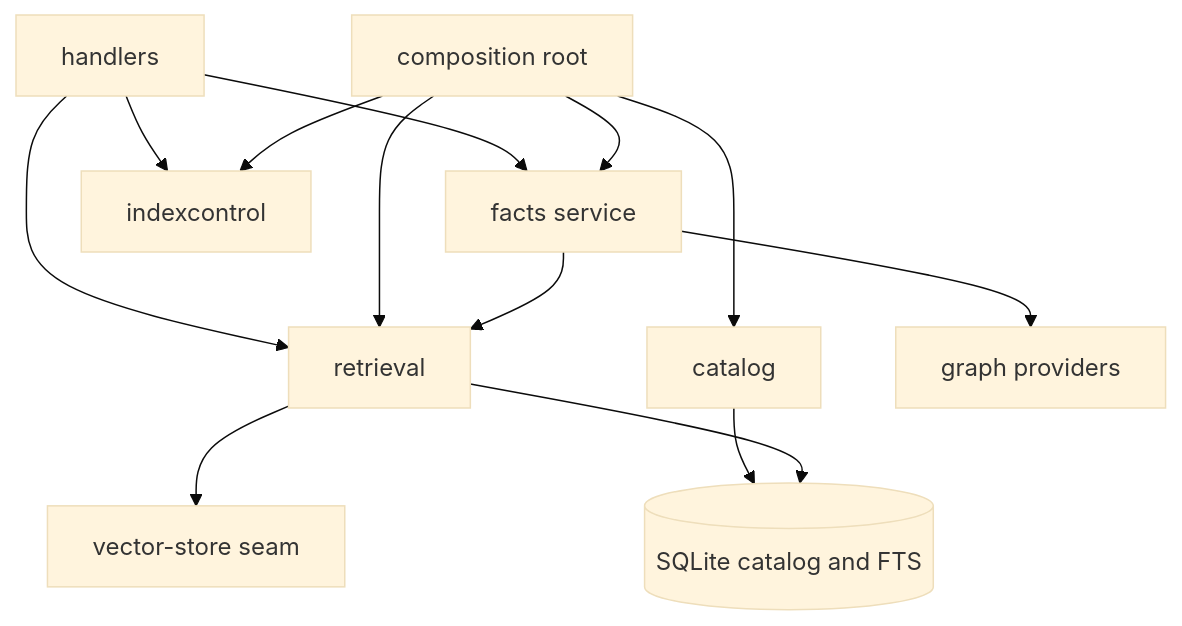
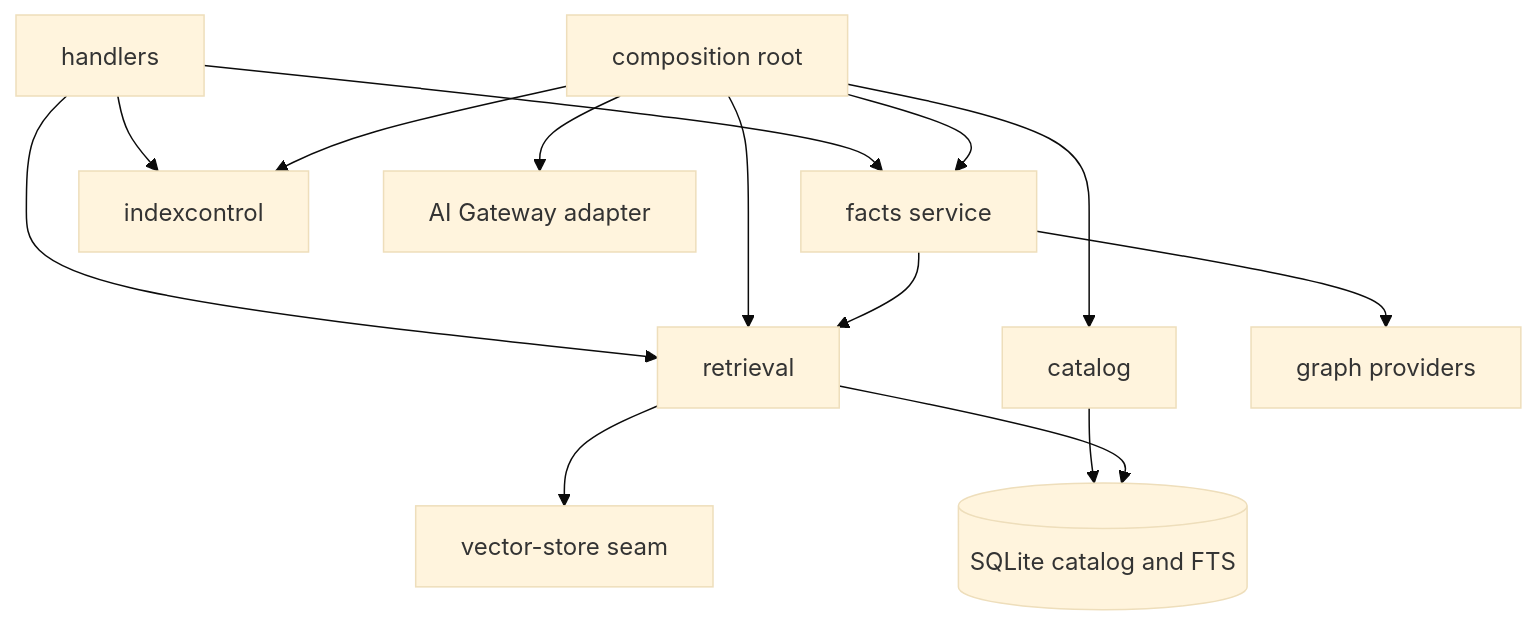
One commit to Vrooli/Vrooli changed the diagram in scenarios/code-facts/docs/concepts/ARCHITECTURE.md. Above: the diagram before and after it, drawn with Mermaid (base theme). The commit also changed other lines of this file and 205 other files, not shown here.

````diff
--- a/scenarios/code-facts/docs/concepts/ARCHITECTURE.md
+++ b/scenarios/code-facts/docs/concepts/ARCHITECTURE.md
@@ -33,15 +33,16 @@
 ```mermaid
 flowchart TB
     H[handlers] --> F[facts service]
     H --> R[retrieval]
     H --> IC[indexcontrol]
     C[composition root] --> F
     C --> CA[catalog]
     C --> R
+    C --> GW[AI Gateway adapter]
     C --> IC
     CA --> DB[(SQLite catalog and FTS)]
     R --> DB
     R --> VS[vector-store seam]
     F --> GP[graph providers]
     F --> R
 ```
````
